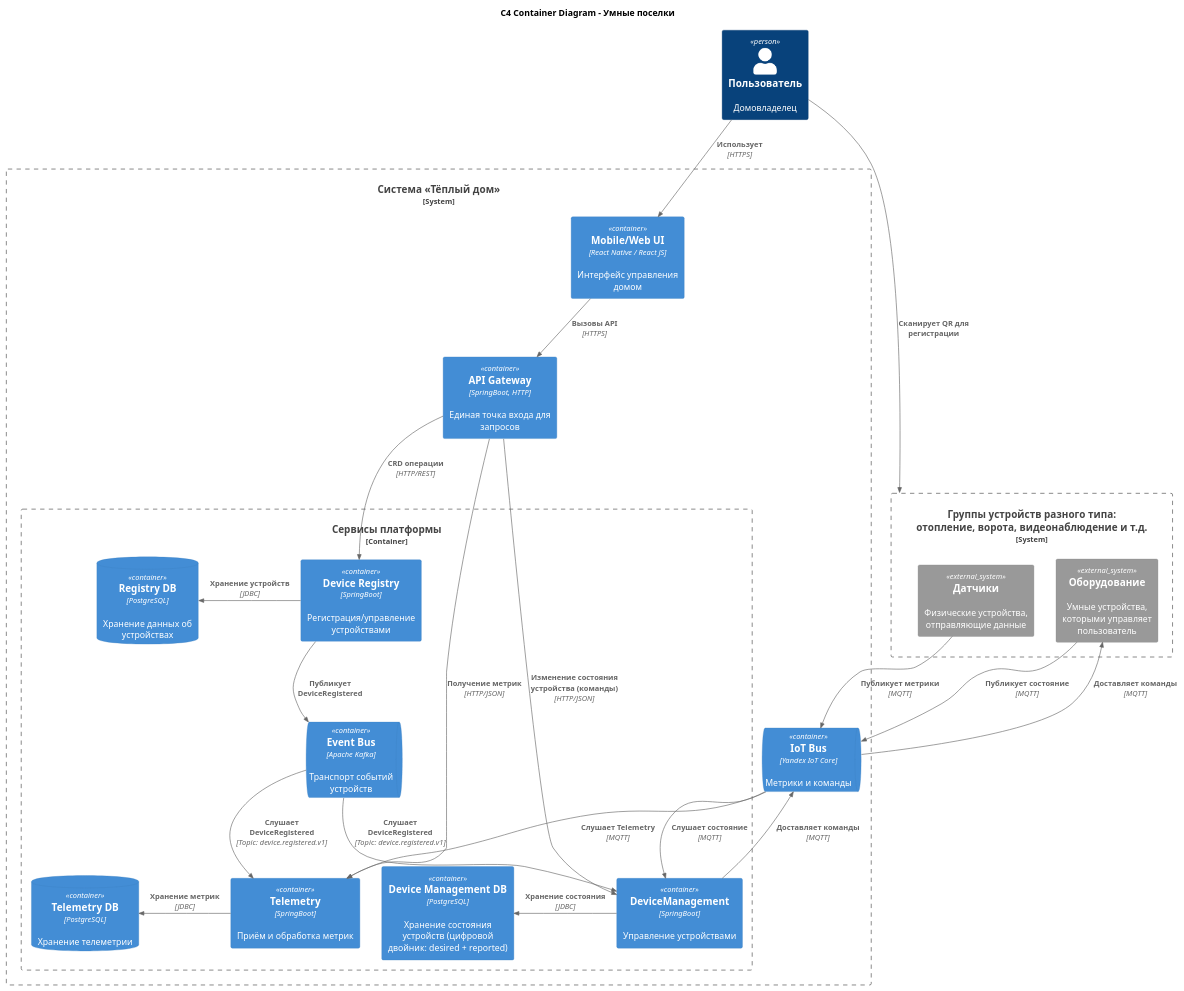
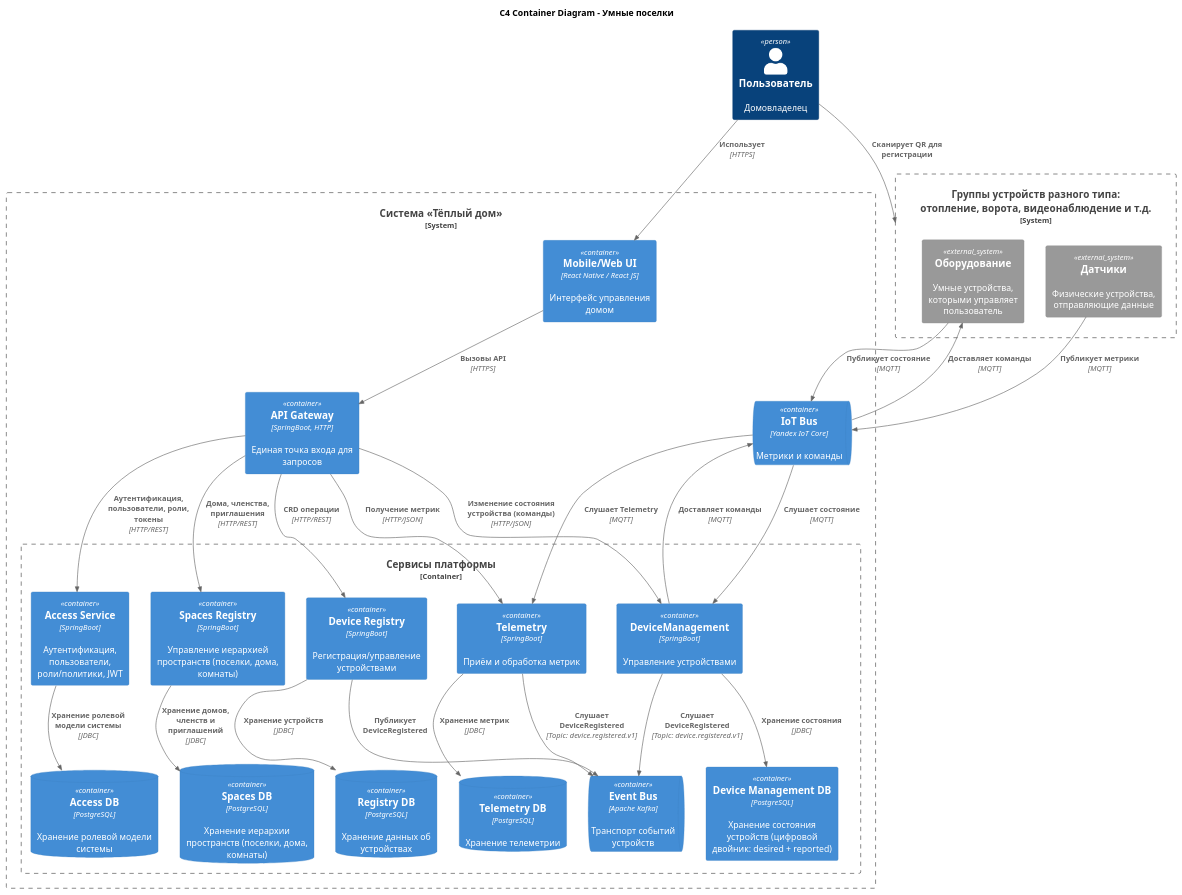
One commit to aymanstepanova/architecture-pro-warmhouse changed the diagram in schemas/container_c4_to_be.puml. Above: the diagram before and after it, drawn with PlantUML. The commit also changed 7 other files, not shown here.

```diff
--- a/schemas/container_c4_to_be.puml
+++ b/schemas/container_c4_to_be.puml
@@ -1,58 +1,70 @@
 @startuml
 !include styles/C4_Container.puml
 
 title C4 Container Diagram - Умные поселки
 
 Person(user, "Пользователь", "Домовладелец")
 
 System_Boundary(devices, "Группы устройств разного типа: \n отопление, ворота, видеонаблюдение и т.д.") {
     System_Ext(sensors, "Датчики", "Физические устройства, отправляющие данные")
     System_Ext(equipment, "Оборудование", "Умные устройства, которыми управляет пользователь")
 }
 
 System_Boundary(td, "Система «Тёплый дом»") {
 
   Container(mobile, "Mobile/Web UI", "React Native / React JS", "Интерфейс управления домом")
   Container(api, "API Gateway", "SpringBoot, HTTP", "Единая точка входа для запросов")
   ContainerQueue(IoT_bus, "IoT Bus", "Yandex IoT Core", "Метрики и команды")
 
   Container_Boundary(services, "Сервисы платформы") {
     Container(deviceRegistry, "Device Registry", "SpringBoot", "Регистрация/управление устройствами")
     ContainerDb(deviceDb, "Registry DB", "PostgreSQL", "Хранение данных об устройствах")
 
     Container(telemetry, "Telemetry", "SpringBoot", "Приём и обработка метрик")
     Container(deviceMan, "DeviceManagement", "SpringBoot", "Управление устройствами")
     Container(deviceManDB, "Device Management DB", "PostgreSQL", "Хранение состояния устройств (цифровой двойник: desired + reported)")
     ContainerDb(telemetryDb, "Telemetry DB", "PostgreSQL", "Хранение телеметрии")
 
+    Container(access, "Access Service", "SpringBoot", "Аутентификация, пользователи, роли/политики, JWT")
+    ContainerDb(accessDb, "Access DB", "PostgreSQL", "Хранение ролевой модели системы")
+
+    Container(spaces, "Spaces Registry", "SpringBoot", "Управление иерархией пространств (поселки, дома, комнаты)")
+    ContainerDb(spacesDb, "Spaces DB", "PostgreSQL", "Хранение иерархии пространств (поселки, дома, комнаты)")
+
     ContainerQueue(kafka, "Event Bus", "Apache Kafka", "Транспорт событий устройств")
   }
 
 }
 
 Rel(user, devices, "Сканирует QR для регистрации")
 
 Rel(user, mobile, "Использует", "HTTPS")
 Rel(mobile, api, "Вызовы API", "HTTPS")
+Rel(api, access, "Аутентификация, пользователи, роли, токены", "HTTP/REST")
+Rel(api, spaces, "Дома, членства, приглашения", "HTTP/REST")
 Rel(api, deviceRegistry, "CRD операции", "HTTP/REST")
 Rel(api, telemetry, "Получение метрик", "HTTP/JSON")
 Rel(api, deviceMan, "Изменение состояния устройства (команды)", "HTTP/JSON")
 
-Rel_L(deviceRegistry, deviceDb, "Хранение устройств", "JDBC")
-Rel_L(deviceMan, deviceManDB, "Хранение состояния", "JDBC")
-Rel_L(telemetry, telemetryDb, "Хранение метрик", "JDBC")
+Rel(deviceRegistry, deviceDb, "Хранение устройств", "JDBC")
+Rel(deviceMan, deviceManDB, "Хранение состояния", "JDBC")
+Rel(telemetry, telemetryDb, "Хранение метрик", "JDBC")
+Rel(access, accessDb, "Хранение ролевой модели системы", "JDBC")
+Rel(spaces, spacesDb, "Хранение домов, членств и приглашений", "JDBC")
 
-Rel_D(deviceRegistry, kafka, "Публикует DeviceRegistered")
-Rel(kafka, telemetry, "Слушает DeviceRegistered", "Topic: device.registered.v1")
-Rel(kafka, deviceMan, "Слушает DeviceRegistered", "Topic: device.registered.v1")
+Rel(deviceRegistry, kafka, "Публикует DeviceRegistered")
+'' Rel(access, kafka, "Публикует UserRegistered")
+'' Rel(spaces, kafka, "Публикует HouseCreated, MemberInvited, InvitationAccepted")
+Rel(telemetry, kafka, "Слушает DeviceRegistered", "Topic: device.registered.v1")
+Rel(deviceMan, kafka, "Слушает DeviceRegistered", "Topic: device.registered.v1")
 '' Rel(telemetry, kafka, "Публикует TelemetryReported")
 '' Rel(deviceMan, kafka, "Публикует DeviceStateChanged")
 
 Rel(sensors, IoT_bus, "Публикует метрики", "MQTT")
 Rel(equipment, IoT_bus, "Публикует состояние", "MQTT")
 Rel(IoT_bus, telemetry, "Слушает Telemetry", "MQTT")
 Rel(deviceMan, IoT_bus, "Доставляет команды", "MQTT")
 Rel(IoT_bus, equipment, "Доставляет команды", "MQTT")
 Rel(IoT_bus, deviceMan, "Слушает состояние", "MQTT")
 
 @enduml
```
